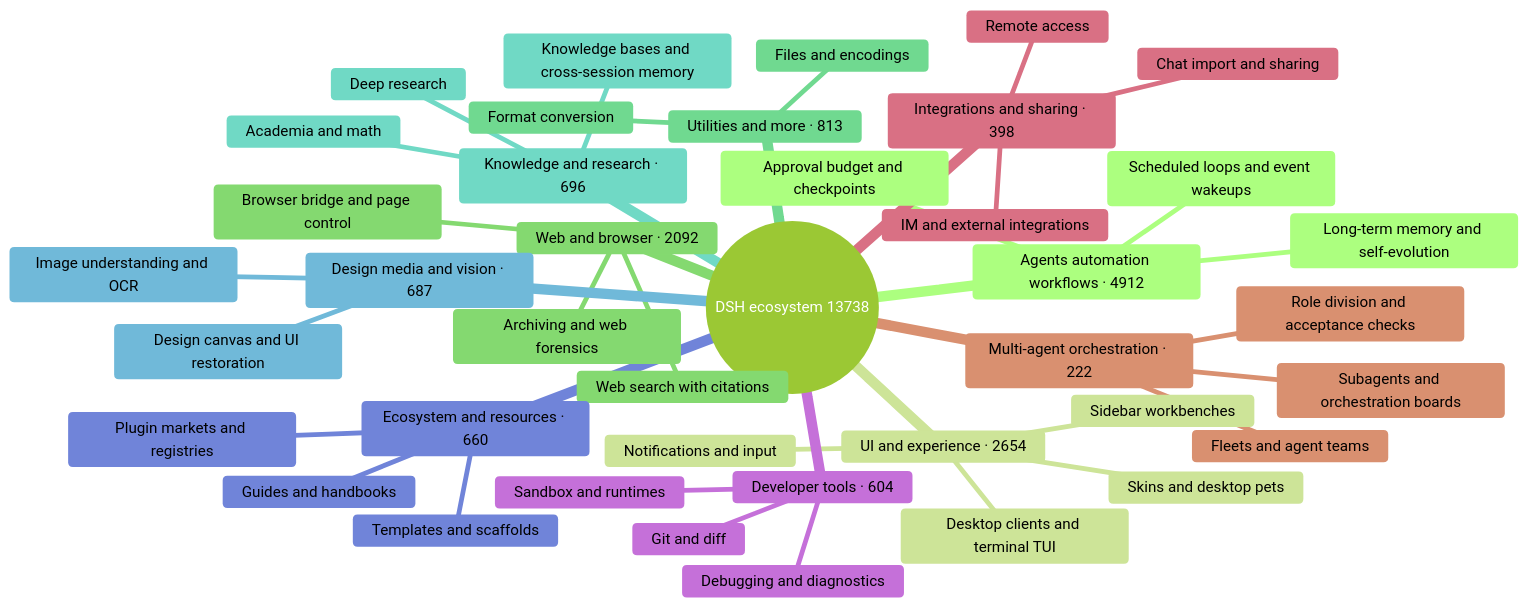
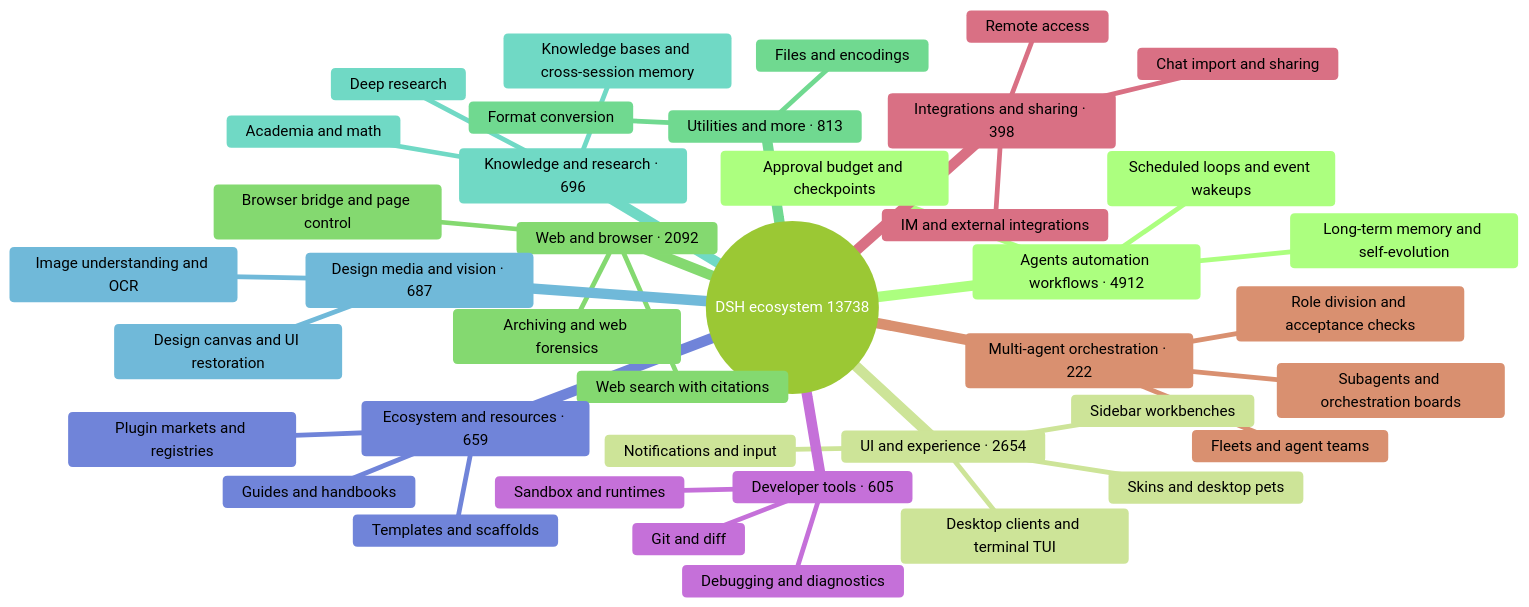
One commit to bruc3van/awesome-dsh-plugin changed the diagram in README_EN.md. Above: the diagram before and after it, drawn with Mermaid (forest theme). The commit also changed 6 other files, not shown here.

First line of the commit message:
curation: pin Noob-stupid/dsh-plugin-gating-hub to developer-tools (#129)

````diff
--- a/README_EN.md
+++ b/README_EN.md
@@ -32,43 +32,43 @@
 ```mermaid
 mindmap
   root((DSH ecosystem 13738))
     Agents automation workflows · 4912
       Scheduled loops and event wakeups
       Long-term memory and self-evolution
       Approval budget and checkpoints
     UI and experience · 2654
       Desktop clients and terminal TUI
       Sidebar workbenches
       Skins and desktop pets
       Notifications and input
     Web and browser · 2092
       Browser bridge and page control
       Web search with citations
       Archiving and web forensics
     Utilities and more · 813
       Files and encodings
       Format conversion
     Knowledge and research · 696
       Knowledge bases and cross-session memory
       Deep research
       Academia and math
     Design media and vision · 687
       Image understanding and OCR
       Design canvas and UI restoration
-    Ecosystem and resources · 660
+    Ecosystem and resources · 659
       Plugin markets and registries
       Templates and scaffolds
       Guides and handbooks
-    Developer tools · 604
+    Developer tools · 605
       Git and diff
       Sandbox and runtimes
       Debugging and diagnostics
     Integrations and sharing · 398
       Chat import and sharing
       Remote access
       IM and external integrations
     Multi-agent orchestration · 222
       Subagents and orchestration boards
       Fleets and agent teams
       Role division and acceptance checks
 ```
````
